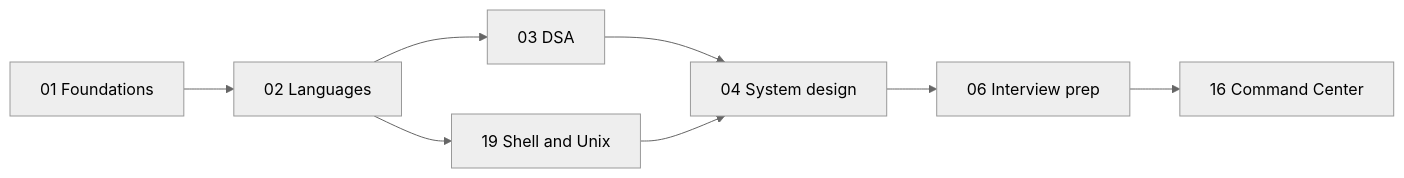
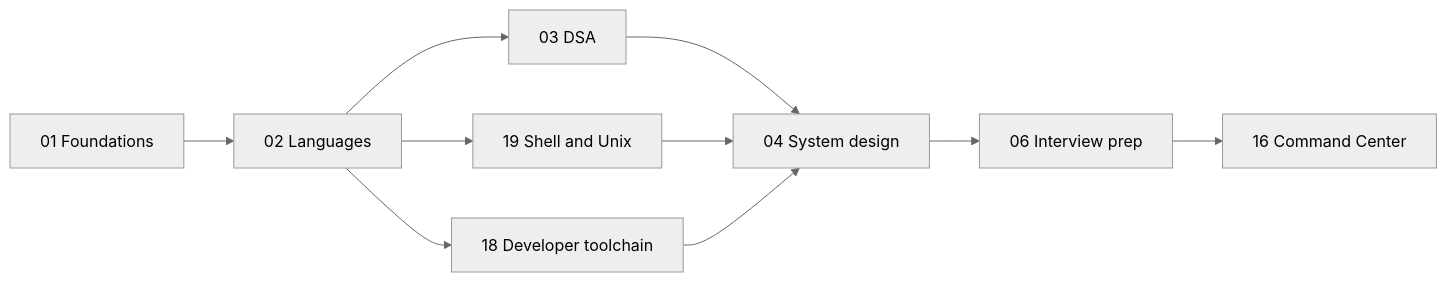
Before and after one commit to shreejitverma/SDE-Interview-Prep: the second of 5 diagrams in 00-Start-Here/Roadmap.md, drawn with Mermaid (neutral theme). The commit also changed other lines of this file and 527 other files, not shown here.

First line of the commit message:
feat(vault): add 18-Developer-Toolchain skeleton with manifest gate and lab harness (#92)

````diff
--- a/00-Start-Here/Roadmap.md
+++ b/00-Start-Here/Roadmap.md
@@ -53,10 +56,12 @@
 ```mermaid
 flowchart LR
     F["01 Foundations"] --> L["02 Languages"]
     L --> D["03 DSA"]
     L --> Sh["19 Shell and Unix"]
     D --> S["04 System design"]
     Sh --> S
+    L --> T["18 Developer toolchain"]
+    T --> S
     S --> I["06 Interview prep"]
     I --> C["16 Command Center"]
 ```
````
